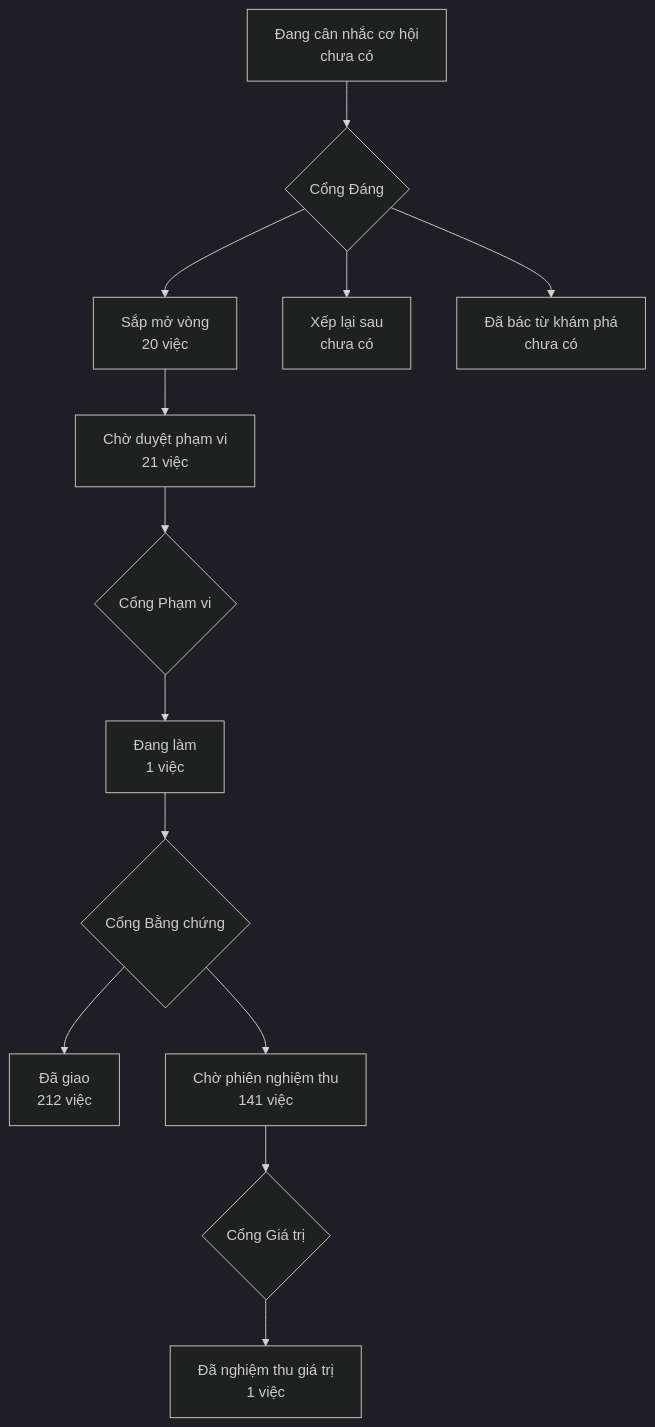
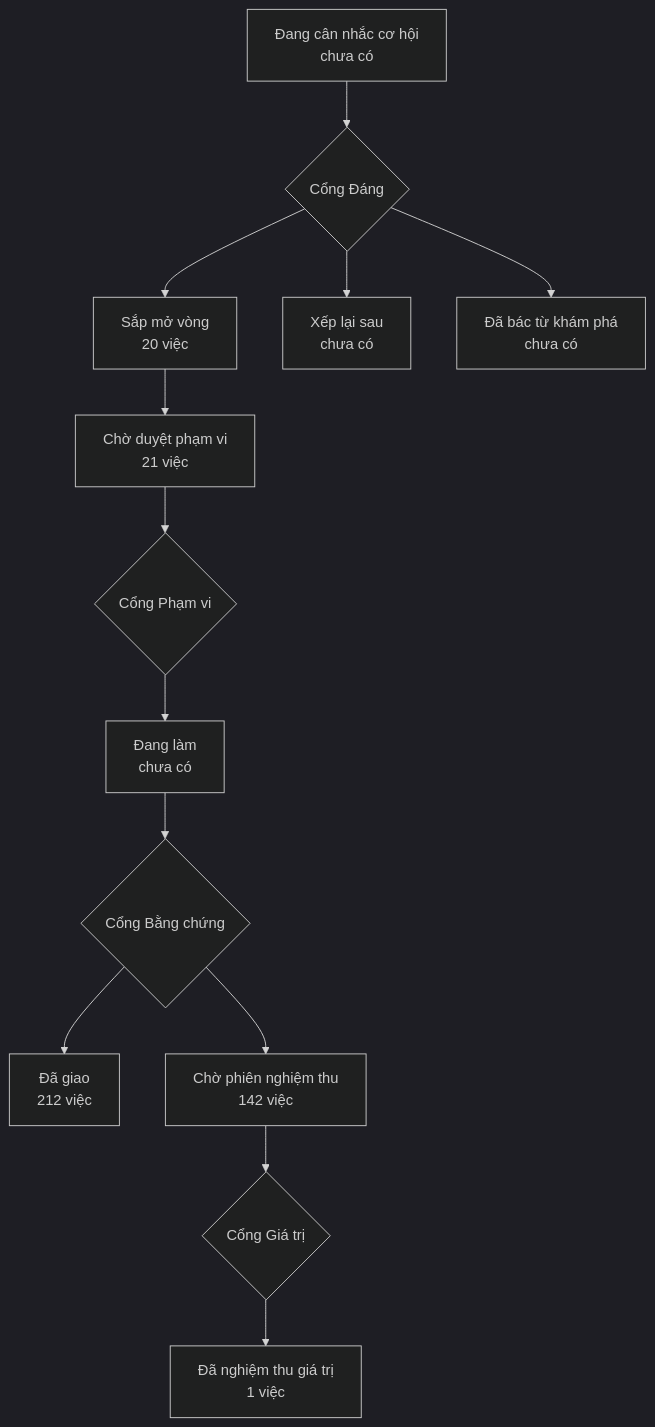
One commit to phanlemanh/onehub-invest changed the diagram in PRODUCT-MAP.md. Above: the diagram before and after it, drawn with Mermaid (dark theme). The commit also changed other lines of this file and 6 other files, not shown here.

````diff
--- a/PRODUCT-MAP.md
+++ b/PRODUCT-MAP.md
@@ -7,12 +7,12 @@
 ```mermaid
 flowchart TD
   A["Đang cân nhắc cơ hội<br/>chưa có"] --> GD{"Cổng Đáng"}
   GD --> B["Sắp mở vòng<br/>20 việc"]
   GD --> XL["Xếp lại sau<br/>chưa có"]
   GD --> DB["Đã bác từ khám phá<br/>chưa có"]
   B --> CD["Chờ duyệt phạm vi<br/>21 việc"] --> GP{"Cổng Phạm vi"}
-  GP --> DL["Đang làm<br/>1 việc"] --> GB{"Cổng Bằng chứng"}
+  GP --> DL["Đang làm<br/>chưa có"] --> GB{"Cổng Bằng chứng"}
   GB --> DG["Đã giao<br/>212 việc"]
-  GB --> CN["Chờ phiên nghiệm thu<br/>141 việc"] --> GG{"Cổng Giá trị"}
+  GB --> CN["Chờ phiên nghiệm thu<br/>142 việc"] --> GG{"Cổng Giá trị"}
   GG --> NT["Đã nghiệm thu giá trị<br/>1 việc"]
 ```
````
